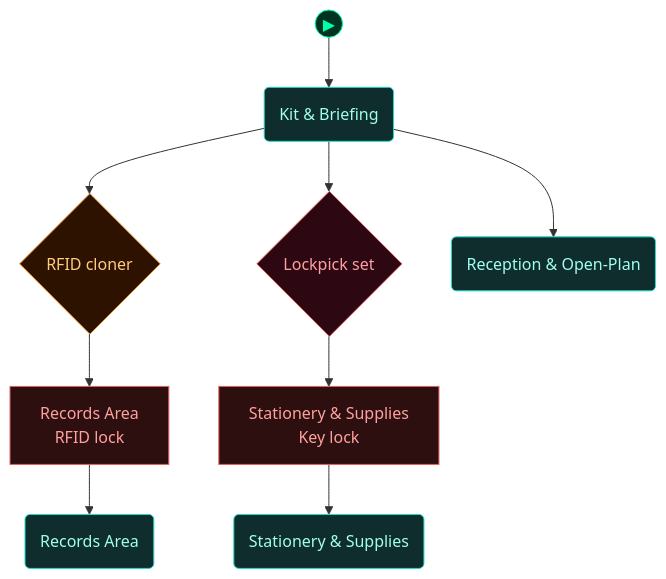
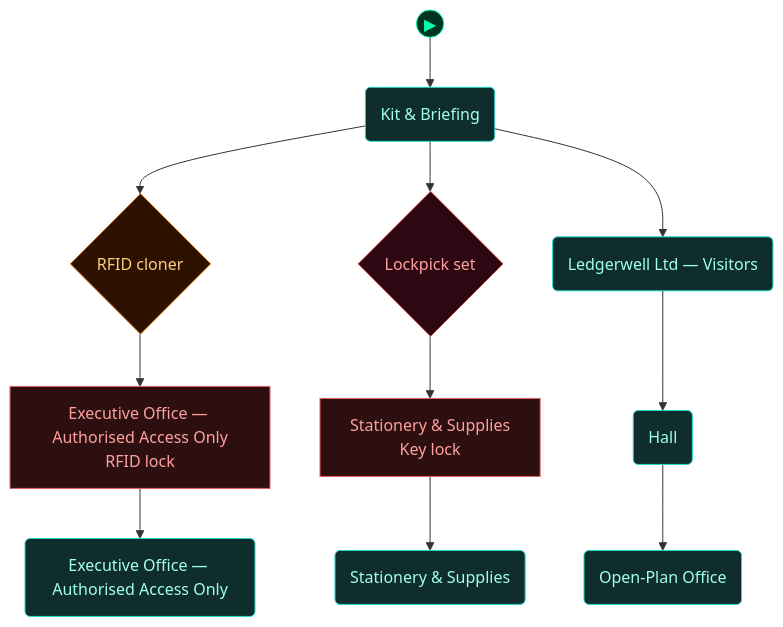
One commit to cliffe/BreakEscape changed the first of 5 diagrams in scenarios/lab_physical_pentest/dungeon_graph.md. Above: the diagram before and after it, drawn with Mermaid. The commit also changed other lines of this file and 10 other files, not shown here.

Commit message:
lab_physical_pentest: wire the Ledgerwell floor plan (reception, hall, lw clones, CEO office) and add Dev, Tomasz and Gareth as present NPCs

````diff
--- a/scenarios/lab_physical_pentest/dungeon_graph.md
+++ b/scenarios/lab_physical_pentest/dungeon_graph.md
@@ -51,44 +51,48 @@
 ```mermaid
 flowchart TD
 
   classDef room      fill:#0f2d2d,stroke:#22ddcc,color:#a0ffee
   classDef lock      fill:#2d0f0f,stroke:#e66060,color:#ffa0a0
   classDef key       fill:#2d0812,stroke:#e66060,color:#ffa0a0
   classDef item      fill:#2d1200,stroke:#e89030,color:#ffcc80
   classDef gate      fill:#111,stroke:#666,color:#eee
   classDef vm        fill:#0c1f40,stroke:#4a90d9,color:#a0c8ff
   classDef flag      fill:#1a0c2d,stroke:#9060d0,color:#cc99ff
   classDef action    fill:#1a1200,stroke:#cc9922,color:#ffee88
   classDef aim       fill:#0d2a0d,stroke:#44cc44,color:#88ff88
   classDef aim_gate  fill:#111111,stroke:#44cc44,color:#44cc44
   classDef container fill:#1a2d1a,stroke:#60b060,color:#a0e0a0
   classDef npc       fill:#2d1f0d,stroke:#d0a050,color:#ffe0a0
   classDef critical  fill:#2a1500,stroke:#ffaa00,color:#ffdd88
   classDef start     fill:#003322,stroke:#00ffaa,color:#00ffaa
 
   node_start(("▶"))
   node_start --> briefing_room
 
-  door_secure_area["Records Area<br/>RFID lock"]
-  secure_area("Records Area")
+  door_secure_area["Executive Office — Authorised Access Only<br/>RFID lock"]
+  secure_area("Executive Office — Authorised Access Only")
   door_store_room["Stationery & Supplies<br/>Key lock"]
   store_room("Stationery & Supplies")
   briefing_room("Kit & Briefing")
   rfid_cloner{"RFID cloner"}
   lockpick_set{"Lockpick set"}
-  open_plan("Reception & Open-Plan")
+  reception("Ledgerwell Ltd — Visitors")
+  hall("Hall")
+  open_plan("Open-Plan Office")
 
   door_secure_area --> secure_area
   door_store_room --> store_room
   briefing_room --> rfid_cloner
   rfid_cloner --> door_secure_area
   briefing_room --> lockpick_set
   lockpick_set --> door_store_room
-  briefing_room --> open_plan
+  briefing_room --> reception
+  reception --> hall
+  hall --> open_plan
 
   class door_secure_area,door_store_room lock
-  class secure_area,store_room,briefing_room,open_plan room
+  class secure_area,store_room,briefing_room,reception,hall,open_plan room
   class rfid_cloner item
   class lockpick_set key
   class node_start start
 ```
````
